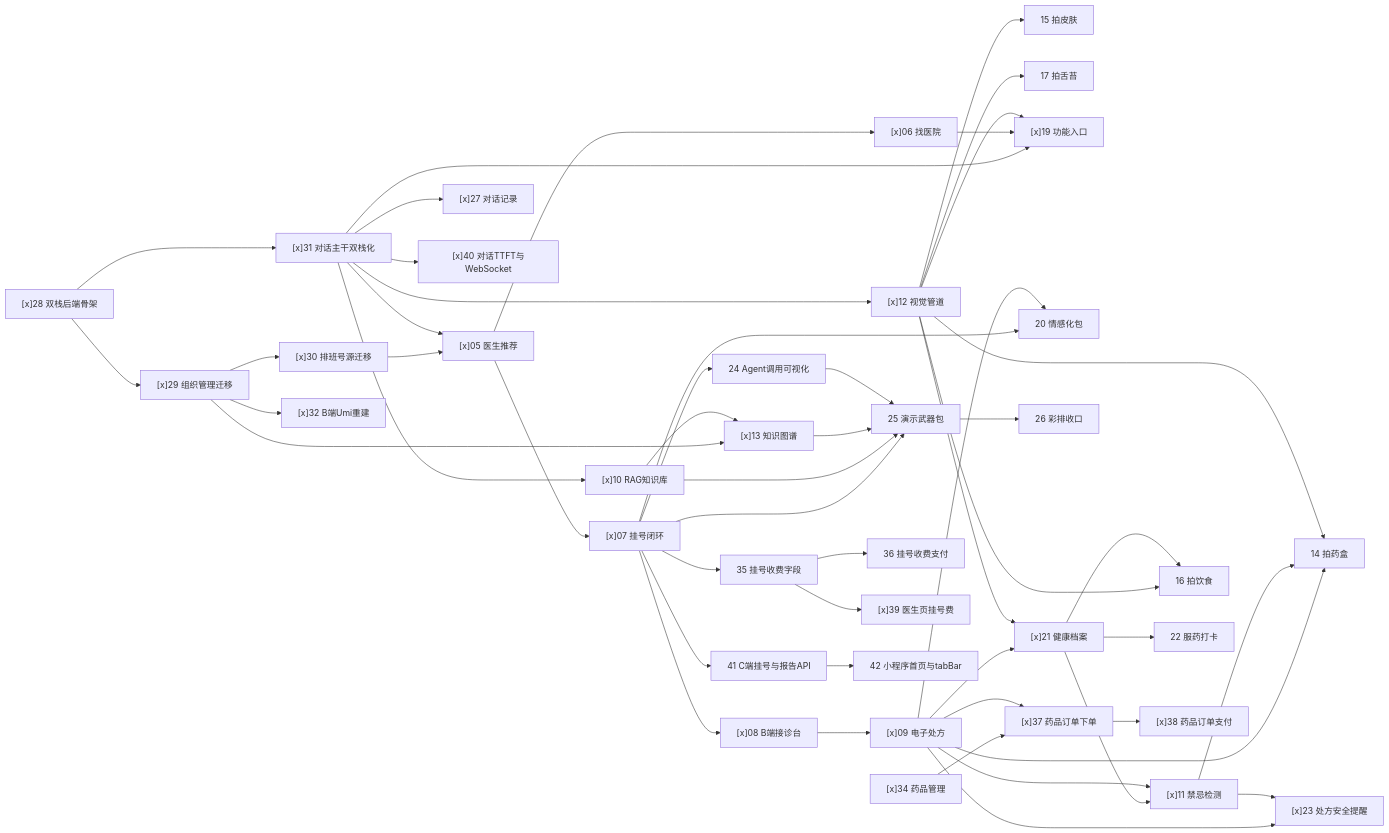
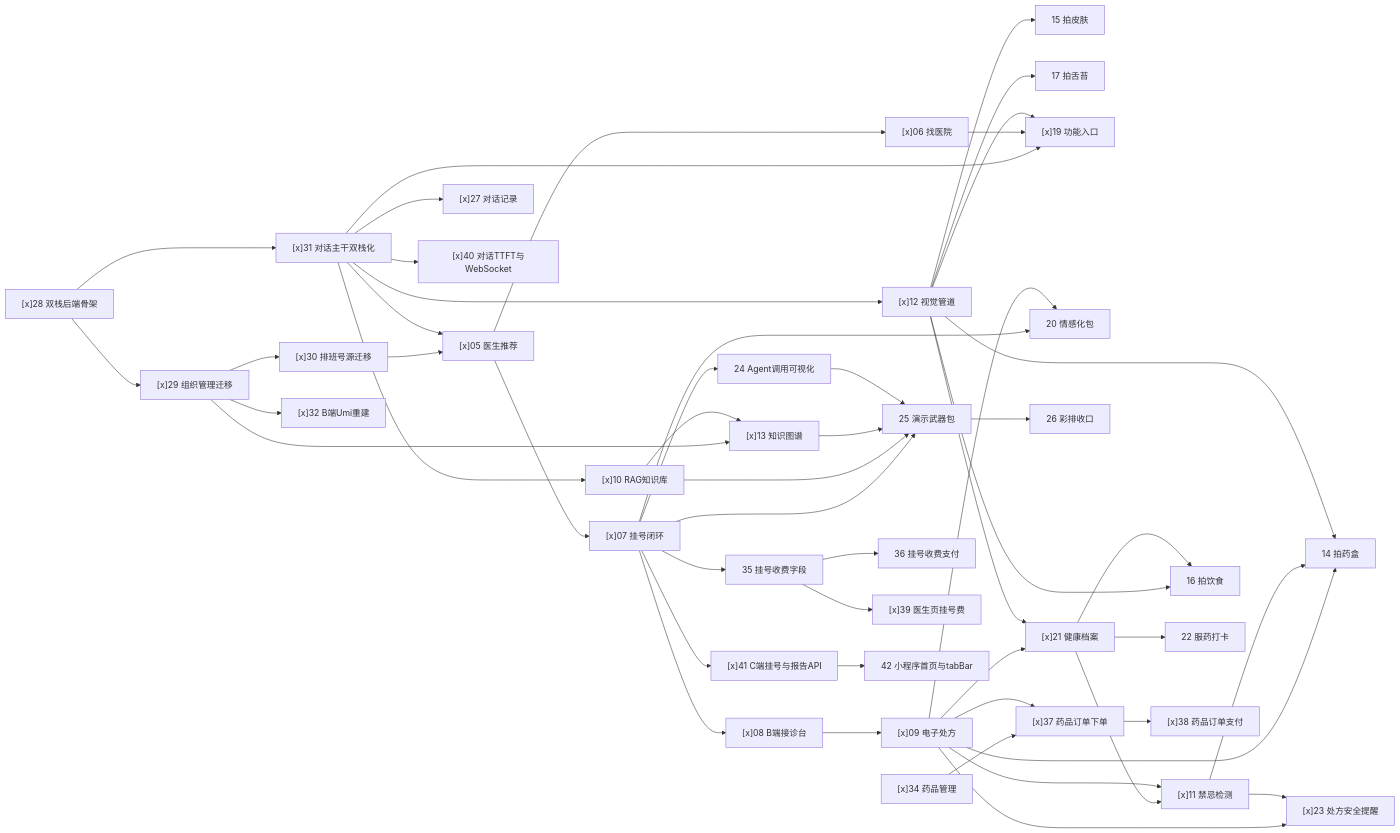
The diagram in README.md (ILoveFurina/zhiyu-health), drawn with Mermaid before and after one commit.

Commit message:
docs(readme): 标记票41完成

```diff
--- a/README.md
+++ b/README.md
@@ -57,7 +57,7 @@
     T38["[x]38 药品订单支付"]
     T39["[x]39 医生页挂号费"]
     T40["[x]40 对话TTFT与WebSocket"]
-    T41["41 C端挂号与报告API"]
+    T41["[x]41 C端挂号与报告API"]
     T42["42 小程序首页与tabBar"]
 
     T28 --> T29
```
